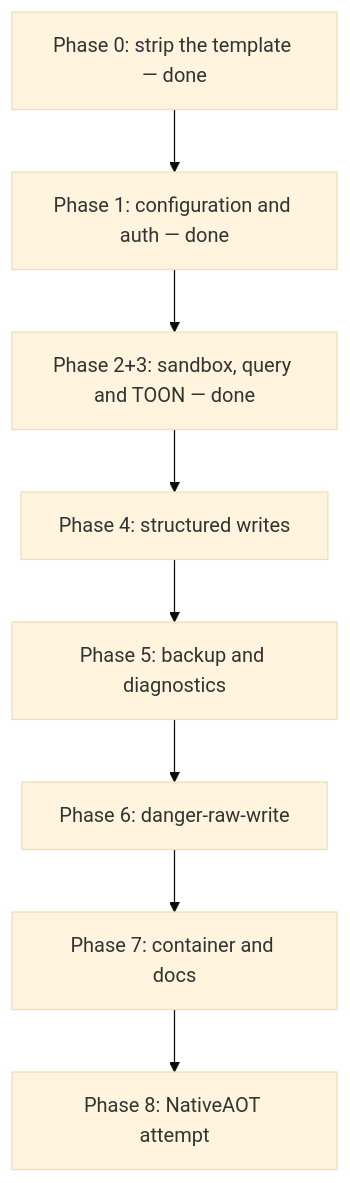
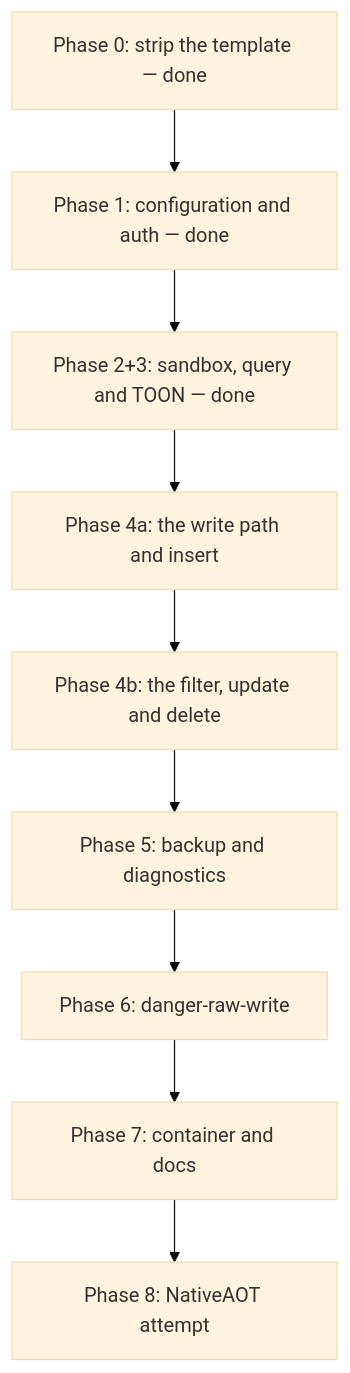
Before and after one commit to xakpc/sqlite-mcp-sidecar: the diagram in .lode/plans/mvp-roadmap.md, drawn with Mermaid (base theme). The commit also changed other lines of this file and 28 other files, not shown here.

First line of the commit message:
feat(core): structured insert, the write path, budget and idempotency

````diff
--- a/.lode/plans/mvp-roadmap.md
+++ b/.lode/plans/mvp-roadmap.md
@@ -14,10 +14,11 @@
 ```mermaid
 flowchart TD
     p0[Phase 0: strip the template — done] --> p1[Phase 1: configuration and auth — done]
     p1 --> p23[Phase 2+3: sandbox, query and TOON — done]
-    p23 --> p4[Phase 4: structured writes]
-    p4 --> p5[Phase 5: backup and diagnostics]
+    p23 --> p4a[Phase 4a: the write path and insert]
+    p4a --> p4b[Phase 4b: the filter, update and delete]
+    p4b --> p5[Phase 5: backup and diagnostics]
     p5 --> p6[Phase 6: danger-raw-write]
     p6 --> p7[Phase 7: container and docs]
     p7 --> p8[Phase 8: NativeAOT attempt]
 ```
````
